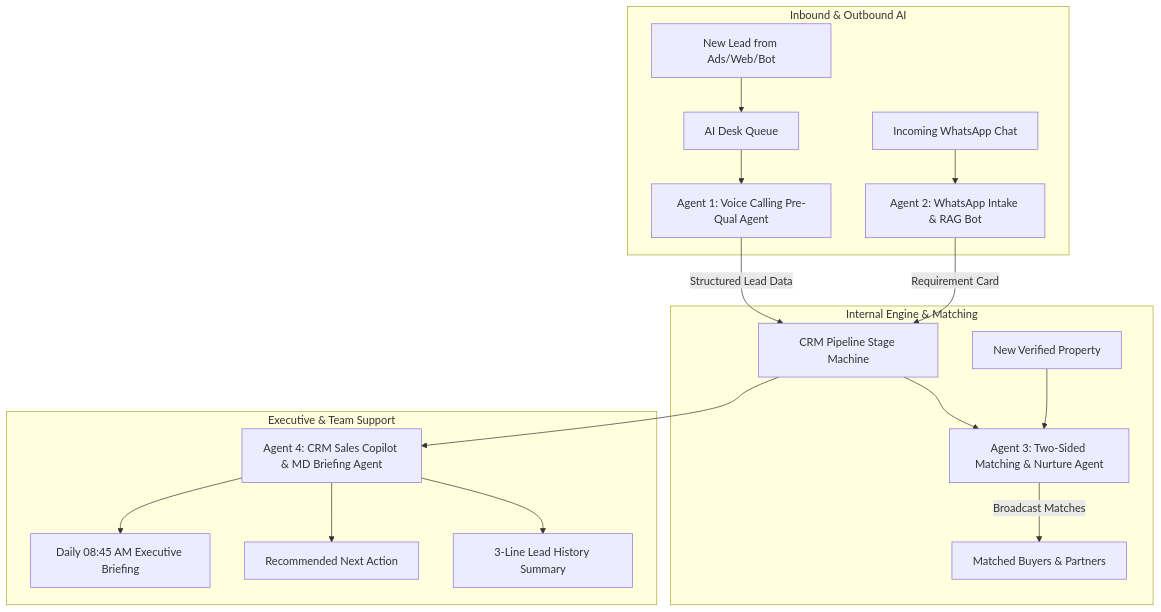
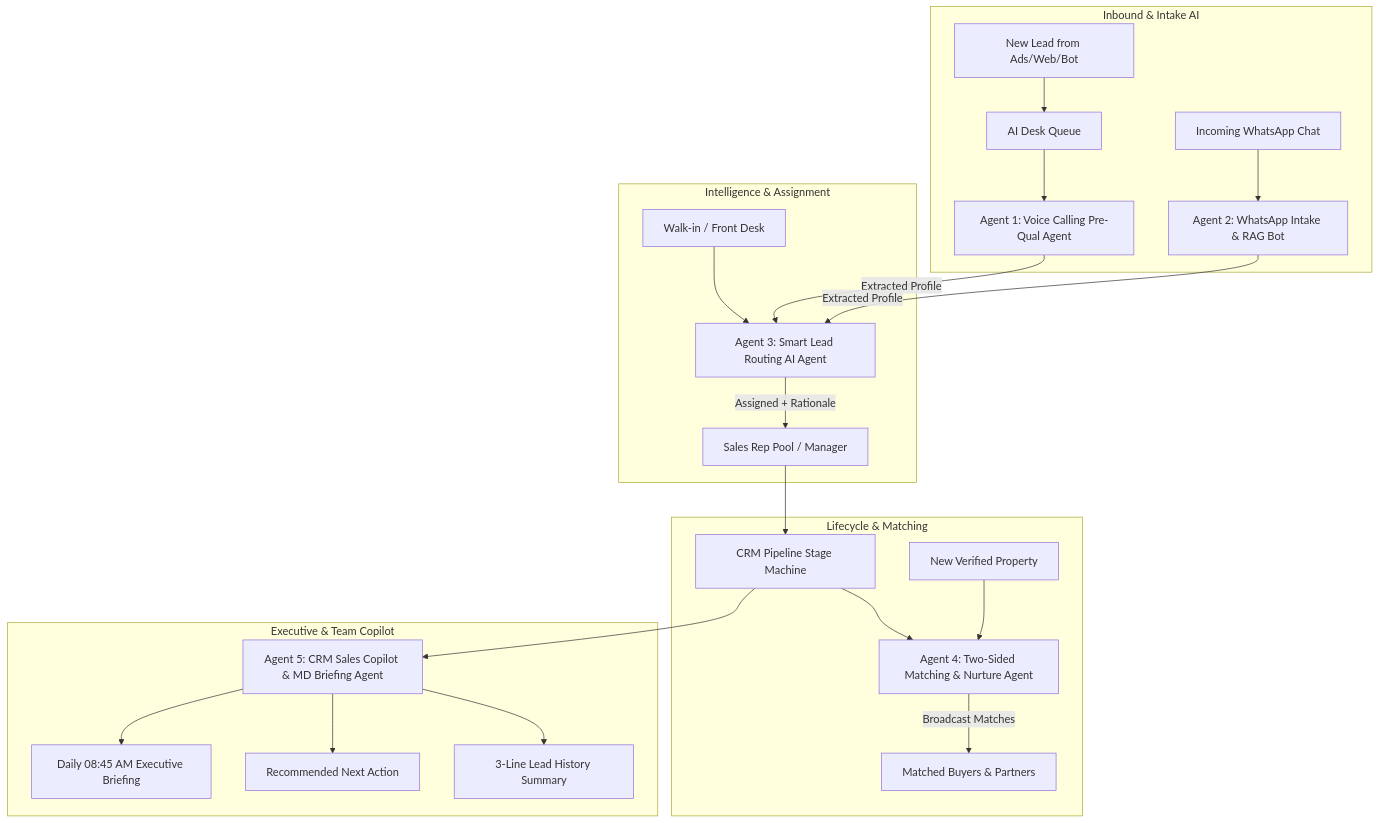
Before and after one commit to Gopal459/om_shiv: the second of 2 diagrams in docs/superpowers/specs/2026-11-22-omshiv-crm-design.md, drawn with Mermaid. The commit also changed other lines of this file, not shown here.

Commit message:
docs: add Agent 3 AI Lead Routing and Smart Assignment Agent to architecture specification

````diff
--- a/docs/superpowers/specs/2026-11-22-omshiv-crm-design.md
+++ b/docs/superpowers/specs/2026-11-22-omshiv-crm-design.md
@@ -291,23 +294,29 @@
 ```mermaid
 flowchart TD
-    subgraph Inbound & Outbound AI
+    subgraph Inbound & Intake AI
         LeadIn[New Lead from Ads/Web/Bot] --> AIDesk[AI Desk Queue]
         AIDesk --> Agent1[Agent 1: Voice Calling Pre-Qual Agent]
         WAChat[Incoming WhatsApp Chat] --> Agent2[Agent 2: WhatsApp Intake & RAG Bot]
     end
 
-    subgraph Internal Engine & Matching
-        Agent1 -->|Structured Lead Data| Pipeline[CRM Pipeline Stage Machine]
-        Agent2 -->|Requirement Card| Pipeline
-        Pipeline --> Agent3[Agent 3: Two-Sided Matching & Nurture Agent]
-        PropVerified[New Verified Property] --> Agent3
-        Agent3 -->|Broadcast Matches| Buyers[Matched Buyers & Partners]
+    subgraph Intelligence & Assignment
+        Agent1 -->|Extracted Profile| Agent3[Agent 3: Smart Lead Routing AI Agent]
+        Agent2 -->|Extracted Profile| Agent3
+        DirectIn[Walk-in / Front Desk] --> Agent3
+        Agent3 -->|Assigned + Rationale| SalesTeam[Sales Rep Pool / Manager]
     end
 
-    subgraph Executive & Team Support
-        Pipeline --> Agent4[Agent 4: CRM Sales Copilot & MD Briefing Agent]
-        Agent4 --> LeadSummary[3-Line Lead History Summary]
-        Agent4 --> NextAction[Recommended Next Action]
-        Agent4 --> MDBrief[Daily 08:45 AM Executive Briefing]
+    subgraph Lifecycle & Matching
+        SalesTeam --> Pipeline[CRM Pipeline Stage Machine]
+        Pipeline --> Agent4[Agent 4: Two-Sided Matching & Nurture Agent]
+        PropVerified[New Verified Property] --> Agent4
+        Agent4 -->|Broadcast Matches| Buyers[Matched Buyers & Partners]
+    end
+
+    subgraph Executive & Team Copilot
+        Pipeline --> Agent5[Agent 5: CRM Sales Copilot & MD Briefing Agent]
+        Agent5 --> LeadSummary[3-Line Lead History Summary]
+        Agent5 --> NextAction[Recommended Next Action]
+        Agent5 --> MDBrief[Daily 08:45 AM Executive Briefing]
     end
 ```
````
